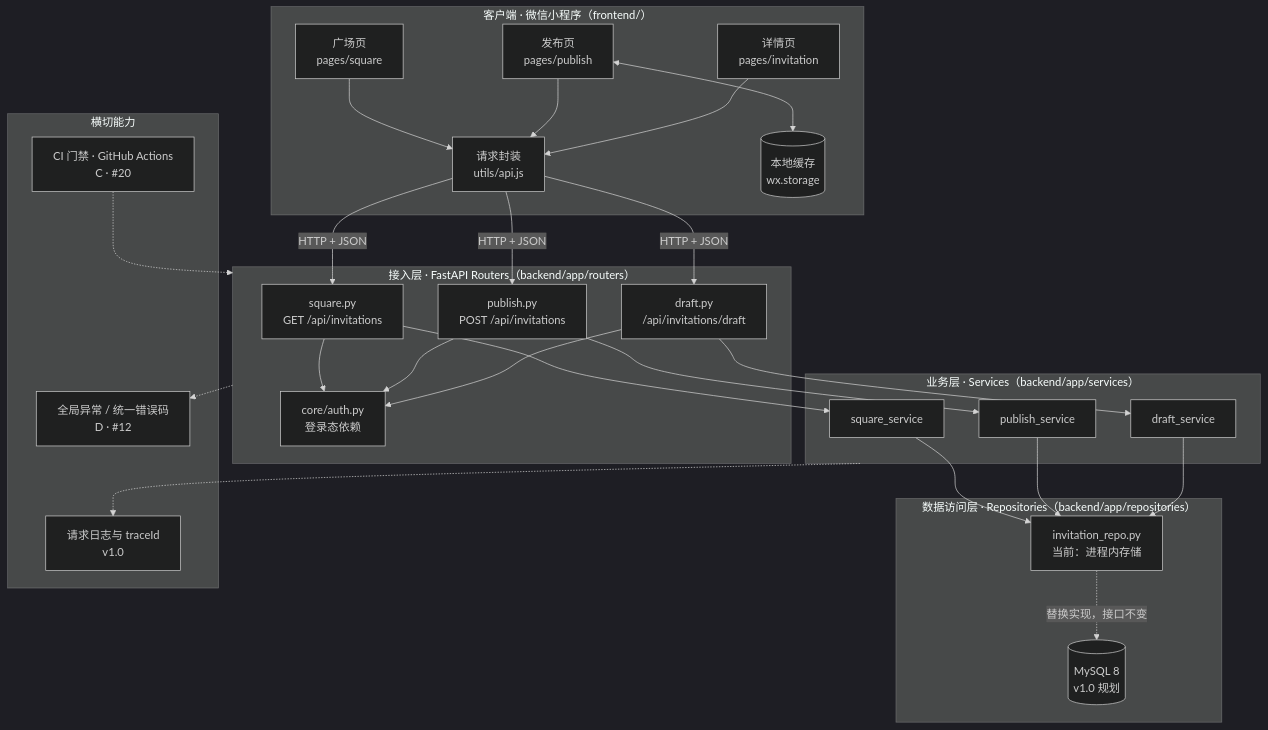
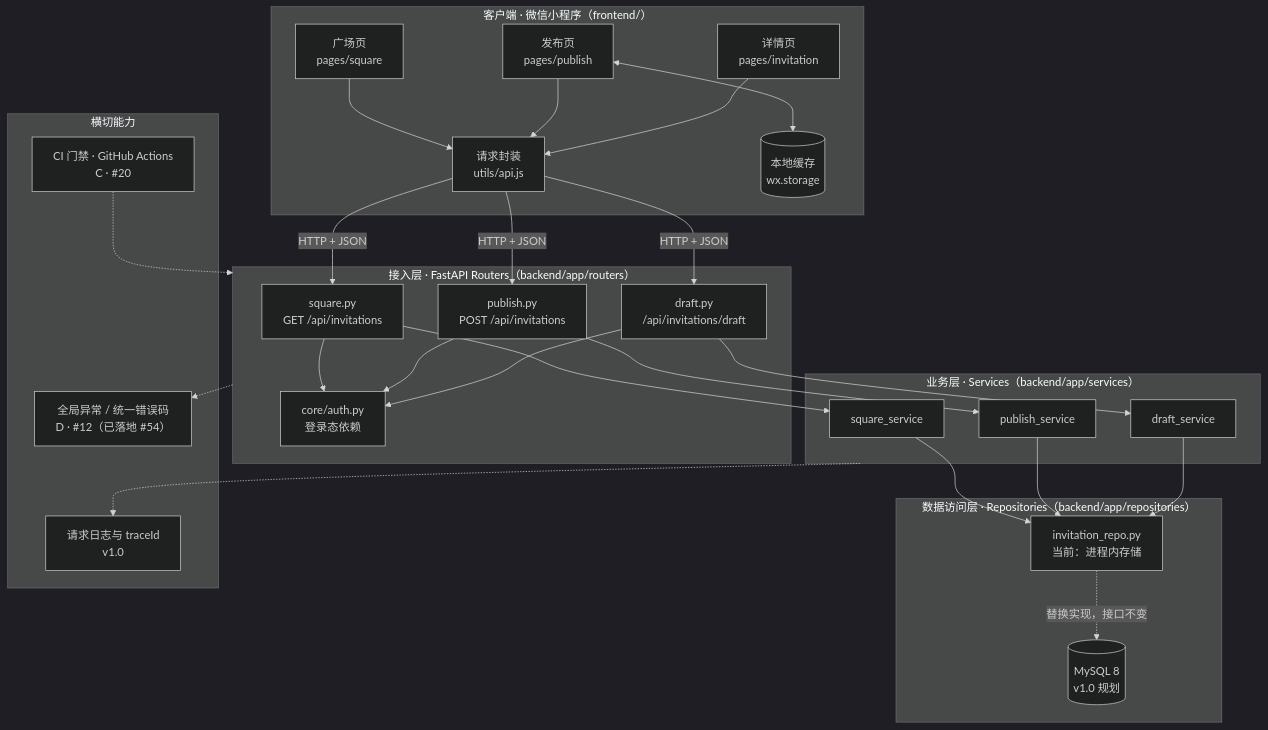
One commit to H1230666/Campus-mate changed the first of 7 diagrams in docs/architecture.md. Above: the diagram before and after it, drawn with Mermaid (dark theme). The commit also changed other lines of this file, not shown here.

````diff
--- a/docs/architecture.md
+++ b/docs/architecture.md
@@ -63,55 +63,55 @@
 ```mermaid
 flowchart TB
     subgraph Client["客户端 · 微信小程序（frontend/）"]
         P1["广场页<br/>pages/square"]
         P2["发布页<br/>pages/publish"]
         P3["详情页<br/>pages/invitation"]
         API["请求封装<br/>utils/api.js"]
         LS[("本地缓存<br/>wx.storage")]
         P1 --> API
         P2 --> API
         P3 --> API
         P2 <--> LS
     end
 
     subgraph Access["接入层 · FastAPI Routers（backend/app/routers）"]
         R1["square.py<br/>GET /api/invitations"]
         R2["publish.py<br/>POST /api/invitations"]
         R3["draft.py<br/>/api/invitations/draft"]
         AUTH["core/auth.py<br/>登录态依赖"]
     end
 
     subgraph Domain["业务层 · Services（backend/app/services）"]
         S1["square_service"]
         S2["publish_service"]
         S3["draft_service"]
     end
 
     subgraph Data["数据访问层 · Repositories（backend/app/repositories）"]
         REPO["invitation_repo.py<br/>当前：进程内存储"]
         DB[("MySQL 8<br/>v1.0 规划")]
         REPO -. "替换实现，接口不变" .-> DB
     end
 
     subgraph Cross["横切能力"]
-        ERR["全局异常 / 统一错误码<br/>D · #12"]
+        ERR["全局异常 / 统一错误码<br/>D · #12（已落地 #54）"]
         LOG["请求日志与 traceId<br/>v1.0"]
         CI["CI 门禁 · GitHub Actions<br/>C · #20"]
     end
 
     API -->|"HTTP + JSON"| R1
     API -->|"HTTP + JSON"| R2
     API -->|"HTTP + JSON"| R3
     R1 --> S1
     R2 --> S2
     R3 --> S3
     R1 --> AUTH
     R2 --> AUTH
     R3 --> AUTH
     S1 --> REPO
     S2 --> REPO
     S3 --> REPO
     Access -.-> ERR
     Domain -.-> LOG
     CI -.-> Access
 ```
````
